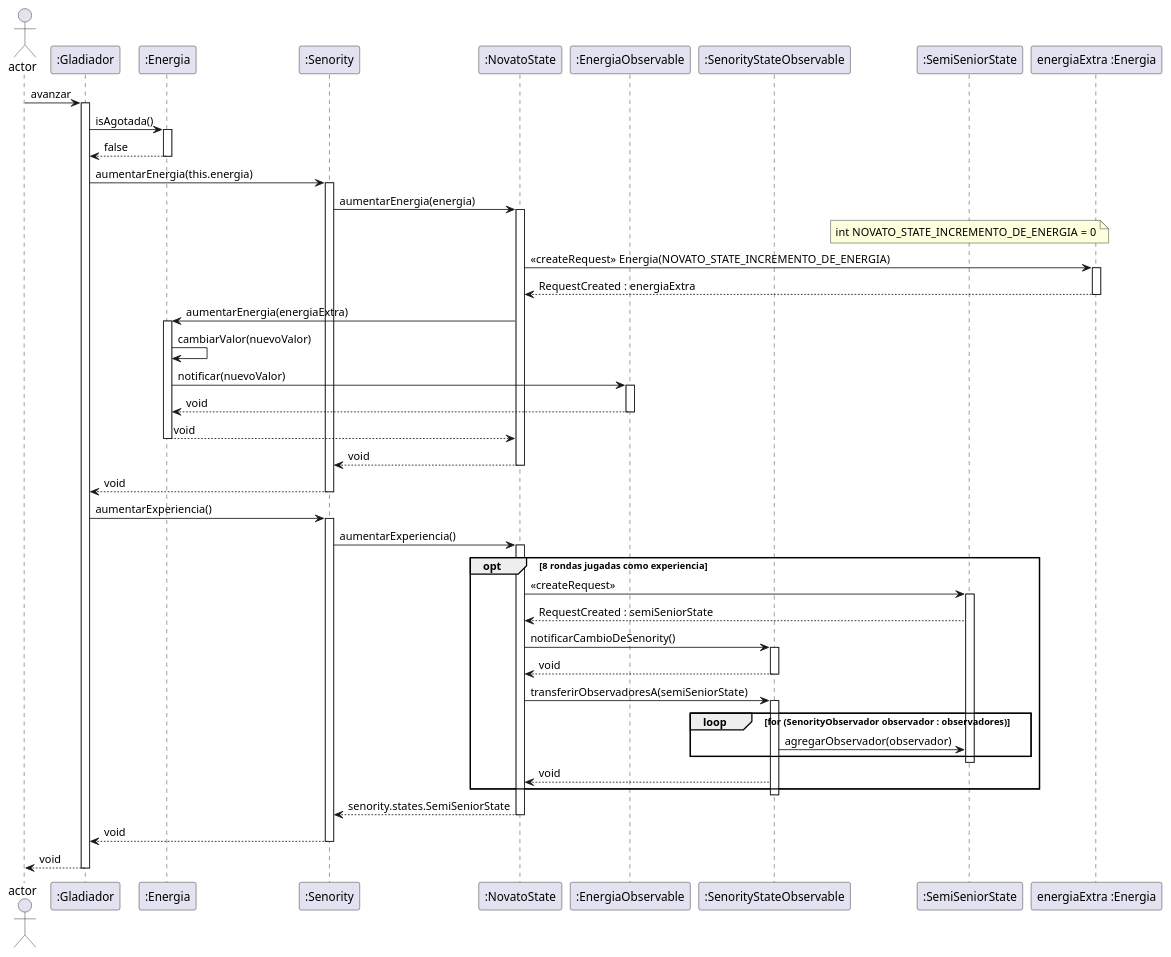
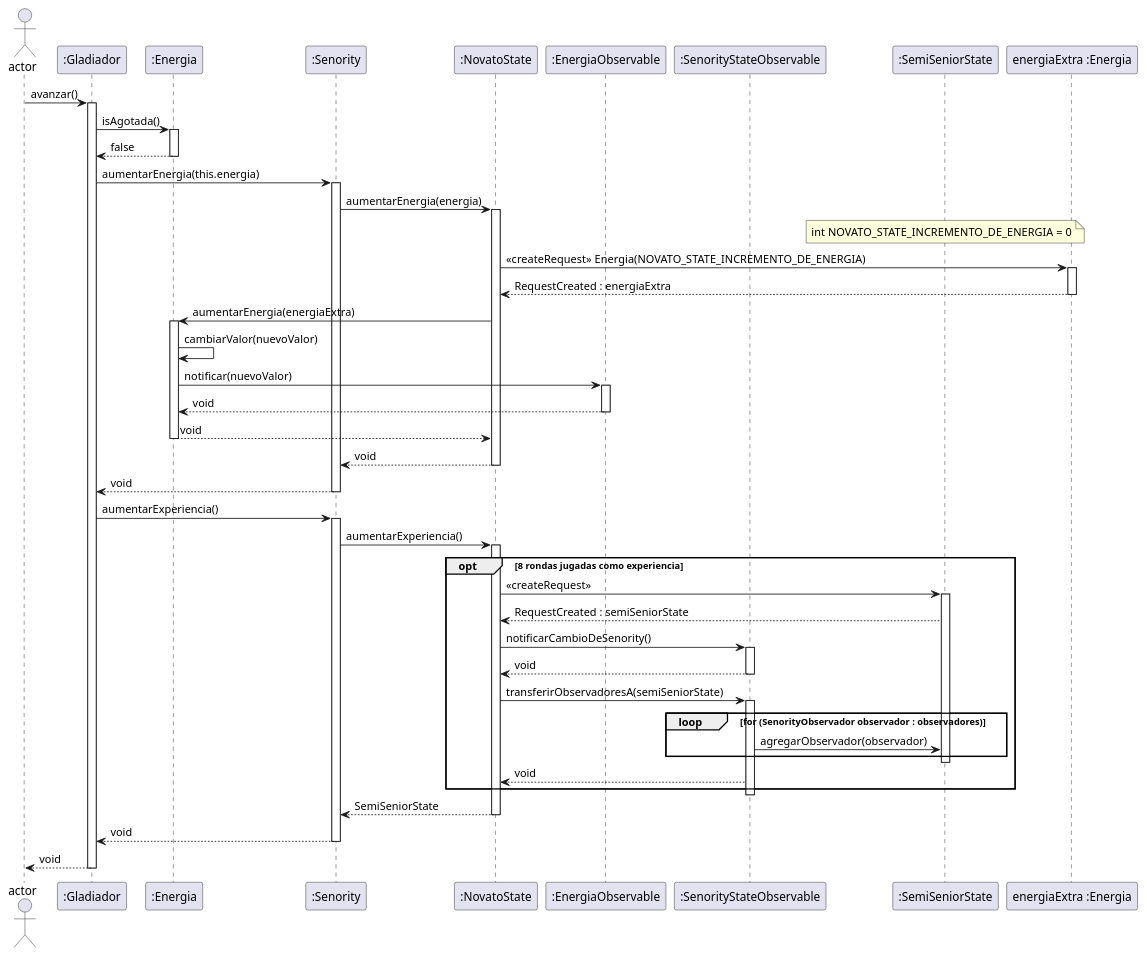
The diagram in diagrams/sequences/AvanzarGladiadorConSeniorityNovatoQueSeConvierteEnSemiSenior.plantuml (RodriguezNazareno56/FIUBA-Algo3-TP2), drawn with PlantUML before and after one commit. The commit also changed 8 other files, not shown here.

Commit message:
ultimo refactor sobre los diagramas de secuencias (#204)

```diff
--- a/diagrams/sequences/AvanzarGladiadorConSeniorityNovatoQueSeConvierteEnSemiSenior.plantuml
+++ b/diagrams/sequences/AvanzarGladiadorConSeniorityNovatoQueSeConvierteEnSemiSenior.plantuml
@@ -1,68 +1,68 @@
 @startuml
 actor Actor as "actor"
 participant Gladiador as ":Gladiador"
 participant Energia as ":Energia"
 participant Senority as ":Senority"
 participant NovatoState as ":NovatoState"
 participant ObservableEnergia as ":EnergiaObservable"
 participant ObservableSenorityState as ":SenorityStateObservable"
 participant SemiSeniorState as ":SemiSeniorState"
 participant EnergiaExtra as "energiaExtra :Energia"
 
-    Actor->Gladiador: avanzar
+    Actor->Gladiador: avanzar()
         activate Gladiador
           Gladiador->Energia: isAgotada()
           activate Energia
           Gladiador<--Energia: false
           deactivate Energia
           Gladiador->Senority: aumentarEnergia(this.energia)
           activate Senority
             Senority->NovatoState: aumentarEnergia(energia)
             activate NovatoState
             note over SemiSeniorState : int NOVATO_STATE_INCREMENTO_DE_ENERGIA = 0
             NovatoState->EnergiaExtra: << createRequest >> Energia(NOVATO_STATE_INCREMENTO_DE_ENERGIA)
             activate EnergiaExtra
             EnergiaExtra-->NovatoState: RequestCreated : energiaExtra
             deactivate EnergiaExtra
               NovatoState->Energia: aumentarEnergia(energiaExtra)
               activate Energia
               Energia->Energia: cambiarValor(nuevoValor)
                 Energia->ObservableEnergia: notificar(nuevoValor)
                 activate ObservableEnergia
                 Energia<--ObservableEnergia: void
                 deactivate ObservableEnergia
               NovatoState<--Energia: void
               deactivate Energia
             Senority<--NovatoState: void
             deactivate NovatoState
           Gladiador<--Senority: void
           deactivate Senority
       Gladiador->Senority: aumentarExperiencia()
       activate Senority
         Senority->NovatoState: aumentarExperiencia()
         opt 8 rondas jugadas como experiencia
         activate NovatoState
           NovatoState->SemiSeniorState: << createRequest >>
           activate SemiSeniorState
           SemiSeniorState-->NovatoState: RequestCreated : semiSeniorState
           NovatoState->ObservableSenorityState: notificarCambioDeSenority()
           activate ObservableSenorityState
           NovatoState<--ObservableSenorityState: void
           deactivate ObservableSenorityState
           NovatoState->ObservableSenorityState: transferirObservadoresA(semiSeniorState)
           activate ObservableSenorityState
           loop for (SenorityObservador observador : observadores)
           ObservableSenorityState->SemiSeniorState: agregarObservador(observador)
           end
           deactivate SemiSeniorState
           NovatoState<--ObservableSenorityState: void
           end
           deactivate ObservableSenorityState
-        Senority<--NovatoState: senority.states.SemiSeniorState
+        Senority<--NovatoState: SemiSeniorState
         deactivate NovatoState
       Gladiador<--Senority: void
       deactivate Senority
     Actor<--Gladiador: void
     deactivate Gladiador
 
 @enduml
```
